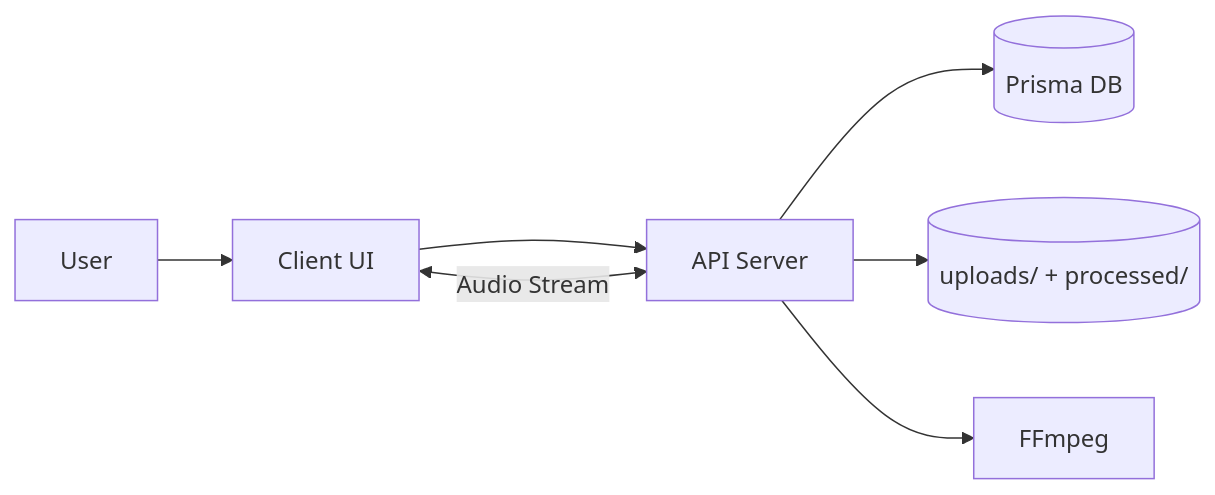
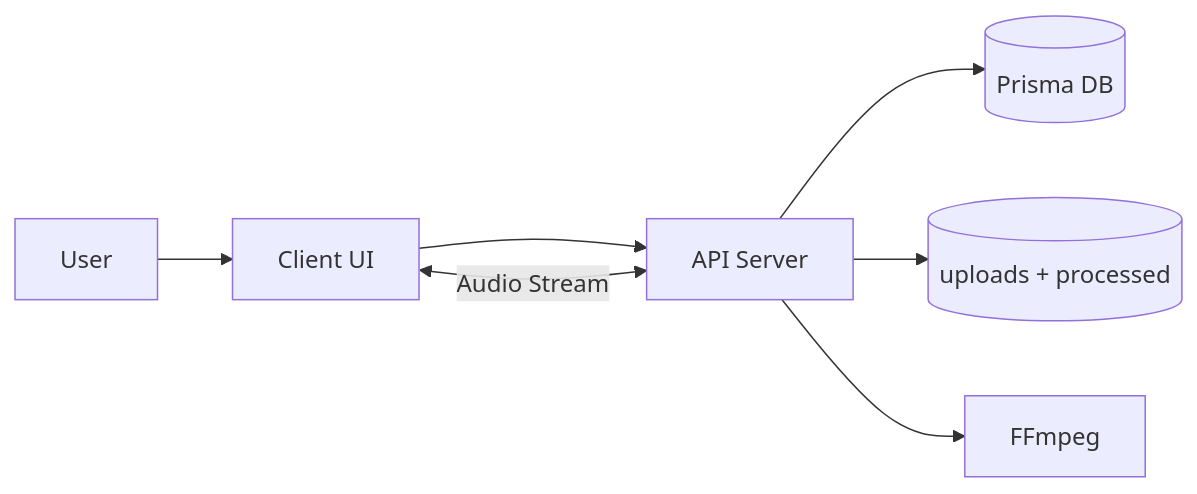
The third of 5 diagrams in docs/ARCHITECTURE.md (getabalewKemaw/TelePlay), drawn with Mermaid before and after one commit. The commit also changed other lines of this file and 1 other file, not shown here.

Commit message:
docs:fix the mermaind syntax errors for the diagrams

````diff
--- a/docs/ARCHITECTURE.md
+++ b/docs/ARCHITECTURE.md
@@ -58,9 +58,9 @@
 ```mermaid
 flowchart LR
-  User[User] --> UI[Client UI]
-  UI --> API[API Server]
-  API --> DB[(Prisma DB)]
-  API --> Disk[(uploads/ + processed/)]
-  API --> FF[FFmpeg]
-  UI <-->|Audio Stream| API
+  User["User"] --> UI["Client UI"]
+  UI --> API["API Server"]
+  API --> DB[("Prisma DB")]
+  API --> Disk[("uploads + processed")]
+  API --> FF["FFmpeg"]
+  UI <-->|"Audio Stream"| API
 ```
````
